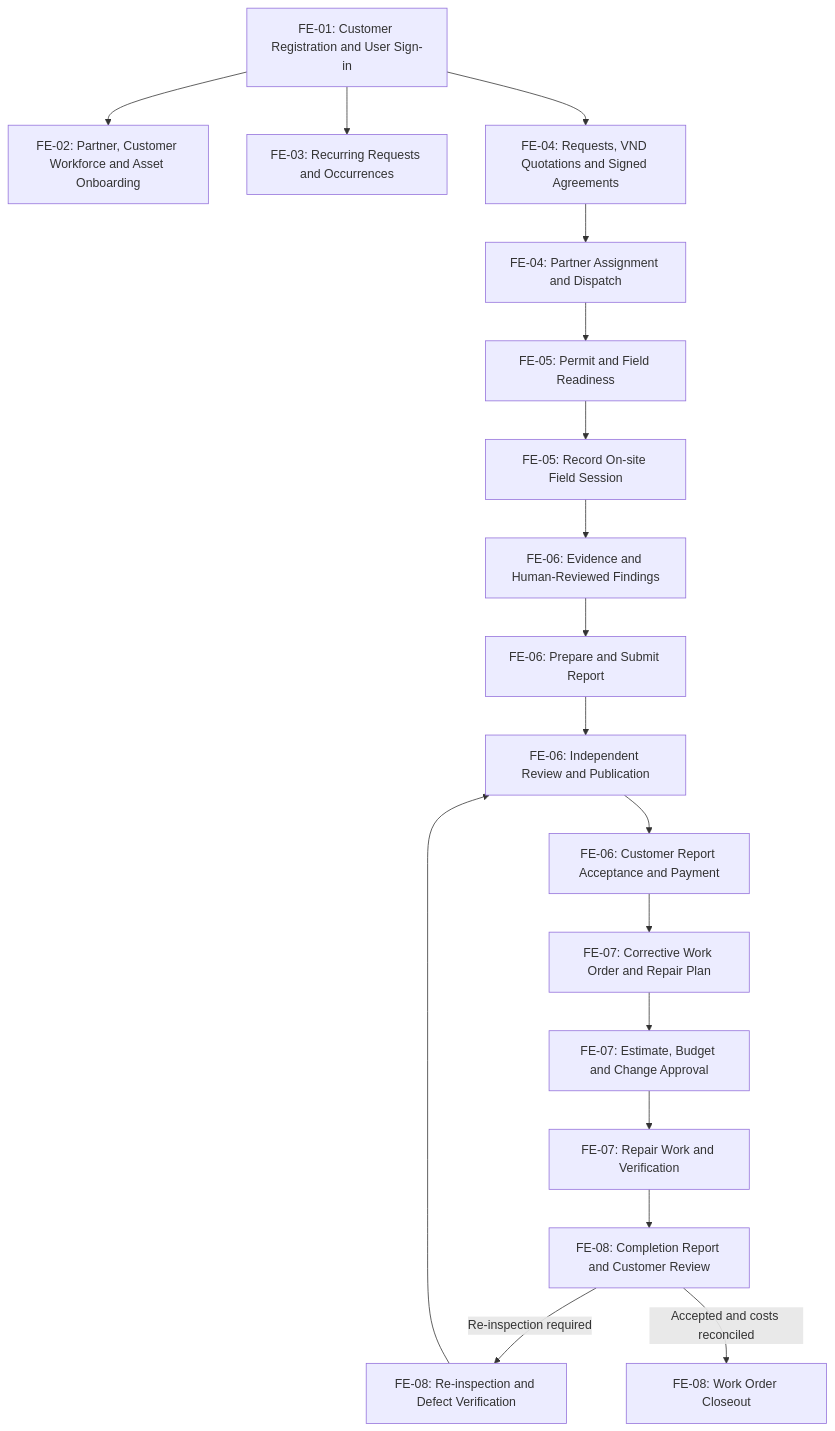
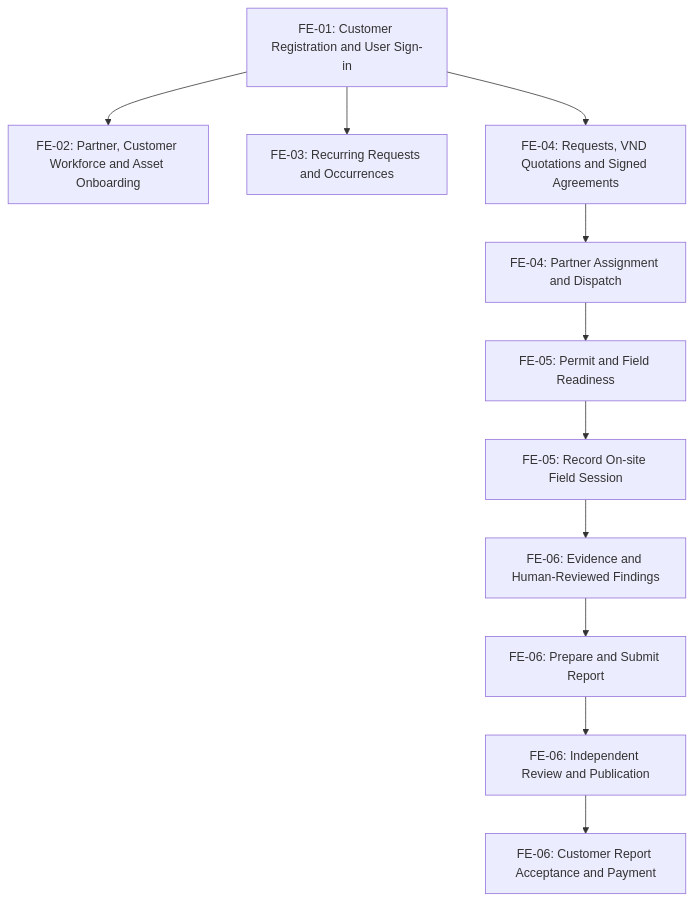
One commit to tungbach12/SmartDroneInspection-Docs changed the first of 2 diagrams in reports/report-3-software-requirement-specification/03-functional-requirements.md. Above: the diagram before and after it, drawn with Mermaid. The commit also changed other lines of this file and 35 other files, not shown here.

````diff
--- a/reports/report-3-software-requirement-specification/03-functional-requirements.md
+++ b/reports/report-3-software-requirement-specification/03-functional-requirements.md
@@ -16,21 +16,14 @@
 ```mermaid
 %% title: Business Screens Flow Diagram
 flowchart TD
   SIGNIN["FE-01: Customer Registration and User Sign-in"] --> ONBOARD["FE-02: Partner, Customer Workforce and Asset Onboarding"]
   SIGNIN --> REQUEST["FE-03: Recurring Requests and Occurrences"]
   SIGNIN --> QUOTE["FE-04: Requests, VND Quotations and Signed Agreements"]
   QUOTE --> DISPATCH["FE-04: Partner Assignment and Dispatch"]
   DISPATCH --> PERMIT["FE-05: Permit and Field Readiness"]
   PERMIT --> FIELD["FE-05: Record On-site Field Session"]
   FIELD --> EVIDENCE["FE-06: Evidence and Human-Reviewed Findings"]
   EVIDENCE --> PREPARE["FE-06: Prepare and Submit Report"]
   PREPARE --> REVIEW["FE-06: Independent Review and Publication"]
   REVIEW --> PAYMENT["FE-06: Customer Report Acceptance and Payment"]
-  PAYMENT --> PLAN["FE-07: Corrective Work Order and Repair Plan"]
-  PLAN --> APPROVAL["FE-07: Estimate, Budget and Change Approval"]
-  APPROVAL --> REPAIR["FE-07: Repair Work and Verification"]
-  REPAIR --> COMPLETE["FE-08: Completion Report and Customer Review"]
-  COMPLETE -->|"Re-inspection required"| REINSPECT["FE-08: Re-inspection and Defect Verification"]
-  REINSPECT --> REVIEW
-  COMPLETE -->|"Accepted and costs reconciled"| CLOSE["FE-08: Work Order Closeout"]
 ```
````
